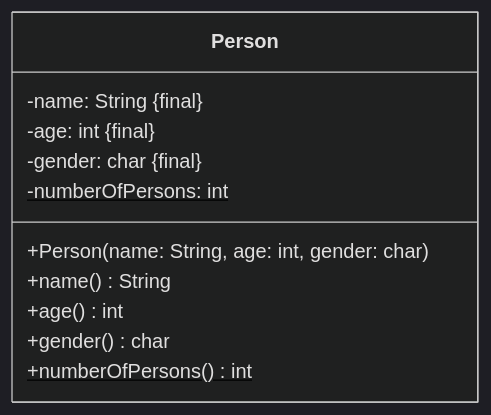
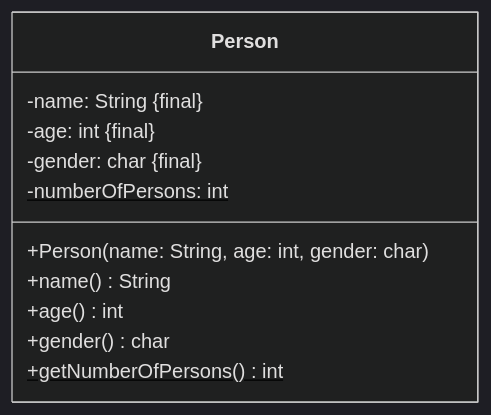
The first of 11 diagrams in docs/documentation/class-diagrams.mdx (jappuccini/java-docs), drawn with Mermaid (dark theme) before and after one commit.

````diff
--- a/docs/documentation/class-diagrams.mdx
+++ b/docs/documentation/class-diagrams.mdx
@@ -53,14 +53,14 @@
 ```mermaid
 classDiagram
     class Person {
         -name: String #123;final#125;
         -age: int #123;final#125;
         -gender: char #123;final#125;
         -numberOfPersons: int$
         +Person(name: String, age: int, gender: char)
         +name() String
         +age() int
         +gender() char
-        +numberOfPersons()$ int
+        +getNumberOfPersons()$ int
     }
 ```
````
